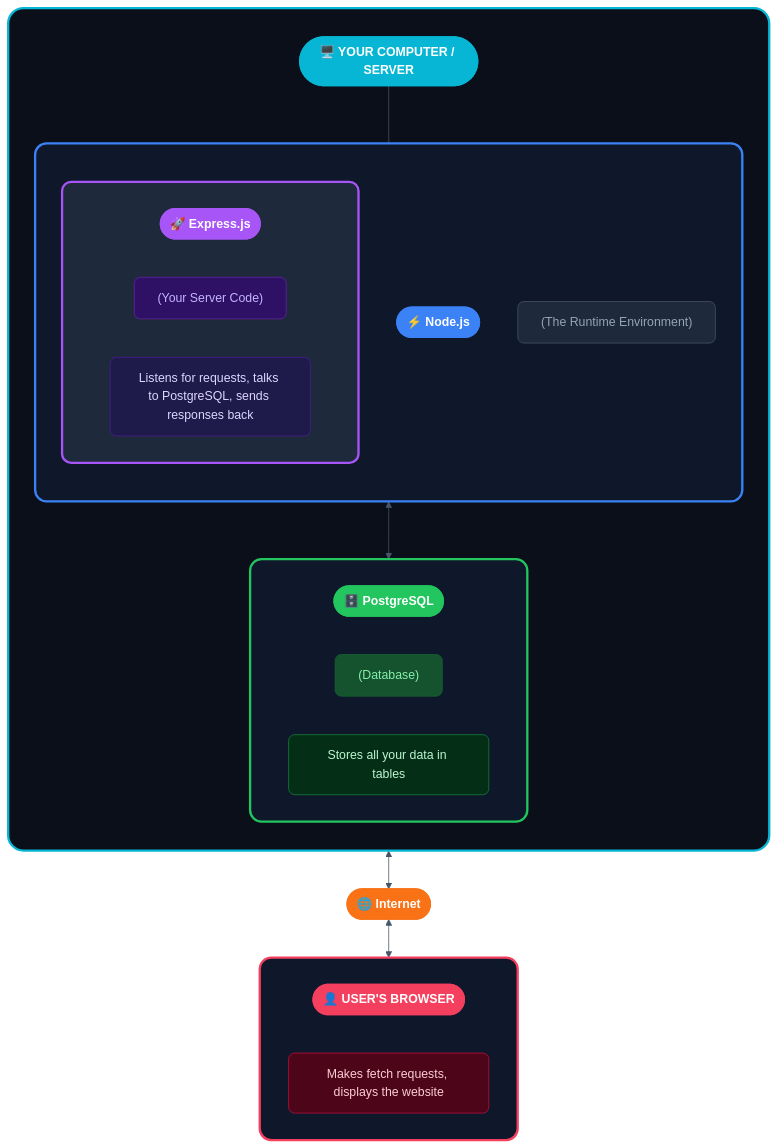
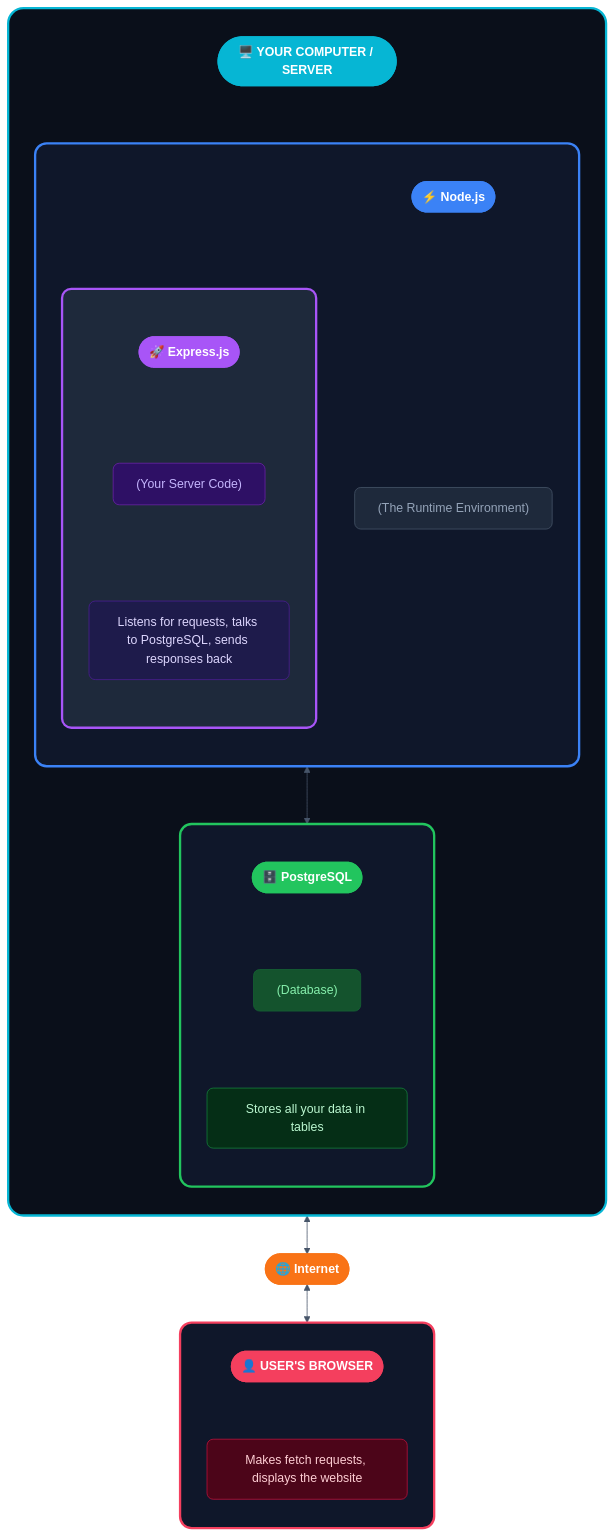
Before and after one commit to kennethpdang/ArborWiseSolutions: the second of 2 diagrams in tutorials/README.md, drawn with Mermaid (neutral theme).

Commit message:
Refactor flowchart in tutorials README to improve diagram direction and visibility

````diff
--- a/tutorials/README.md
+++ b/tutorials/README.md
@@ -214,35 +214,57 @@
             direction TB
             N_TITLE(["⚡ Node.js"])
             N_DESC["(The Runtime Environment)"]
-            
+
             subgraph EXPRESS[" "]
-                direction LR
+                direction TB
                 E_TITLE(["🚀 Express.js"])
                 E_DESC["(Your Server Code)"]
                 E_DETAIL["Listens for requests, talks to PostgreSQL, sends responses back"]
+                
+                E_TITLE --- E_DESC --- E_DETAIL
             end
+            
+            N_TITLE --- N_DESC
         end
         
         subgraph POSTGRES[" "]
-            direction LR
+            direction TB
             P_TITLE(["🗄️ PostgreSQL"])
             P_DESC["(Database)"]
             P_DETAIL["Stores all your data in tables"]
+            
+            P_TITLE --- P_DESC --- P_DETAIL
         end
         
-        S_TITLE ~~~ NODEJS
+        S_TITLE --- NODEJS
         EXPRESS <--> POSTGRES
     end
     
     INTERNET(["🌐 Internet"])
     
     subgraph BROWSER[" "]
-        direction LR
+        direction TB
         B_TITLE(["👤 USER'S BROWSER"])
         B_DETAIL["Makes fetch requests, displays the website"]
+        
+        B_TITLE --- B_DETAIL
     end
     
     SERVER <--> INTERNET <--> BROWSER
+
+    %% === HIDE INTERNAL LINKS (indices 0-5, 7) ===
+    linkStyle 0 stroke:none,stroke-width:0
+    linkStyle 1 stroke:none,stroke-width:0
+    linkStyle 2 stroke:none,stroke-width:0
+    linkStyle 3 stroke:none,stroke-width:0
+    linkStyle 4 stroke:none,stroke-width:0
+    linkStyle 5 stroke:none,stroke-width:0
+    linkStyle 7 stroke:none,stroke-width:0
+    
+    %% === VISIBLE LINKS (indices 6, 8, 9) ===
+    linkStyle 6 stroke:#475569,stroke-width:1px
+    linkStyle 8 stroke:#475569,stroke-width:1px
+    linkStyle 9 stroke:#475569,stroke-width:1px
 
     %% === SUBGRAPH STYLING ===
     style SERVER fill:#0a0f1a,stroke:#06b6d4,stroke-width:3px,rx:20,ry:20
@@ -268,7 +290,4 @@
     style E_DETAIL fill:#1e1b4b,stroke:#4c1d95,color:#ddd6fe,rx:8,ry:8
     style P_DETAIL fill:#052e16,stroke:#15803d,color:#bbf7d0,rx:8,ry:8
     style B_DETAIL fill:#4c0519,stroke:#be123c,color:#fecdd3,rx:8,ry:8
-
-    %% === LINK STYLING ===
-    linkStyle default stroke:#475569,stroke-width:1px
 ```
````
